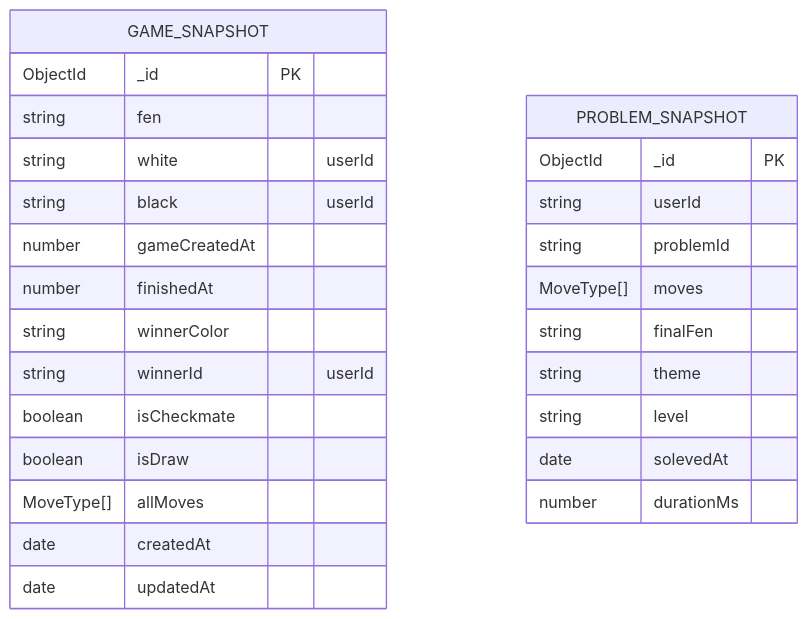
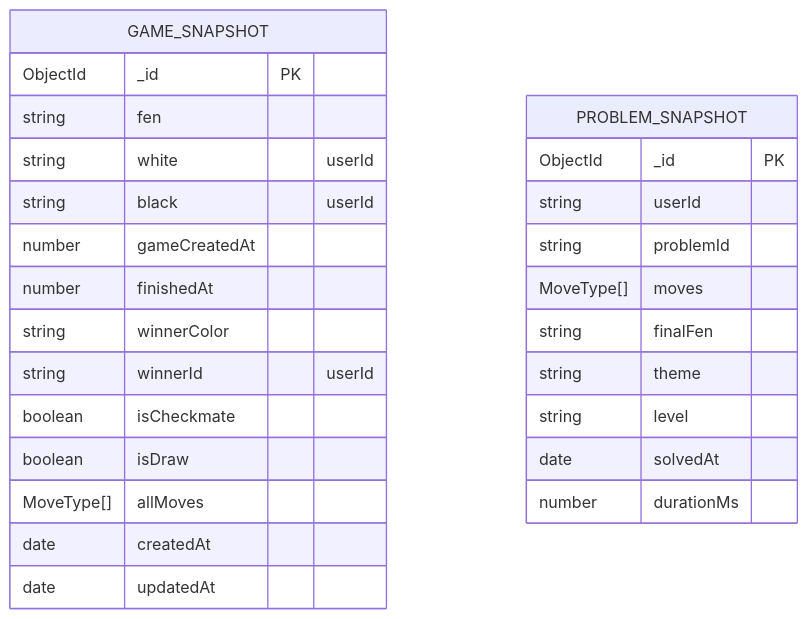
Before and after one commit to Aram47/chess-game-monolit-backend: the second of 3 diagrams in docs/11-erd-databases.md, drawn with Mermaid. The commit also changed 7 other files, not shown here.

````diff
--- a/docs/11-erd-databases.md
+++ b/docs/11-erd-databases.md
@@ -91,30 +91,30 @@
 ```mermaid
 erDiagram
   GAME_SNAPSHOT {
     ObjectId _id PK
     string fen
     string white "userId"
     string black "userId"
     number gameCreatedAt
     number finishedAt
     string winnerColor
     string winnerId "userId"
     boolean isCheckmate
     boolean isDraw
     MoveType[] allMoves
     date createdAt
     date updatedAt
   }
 
   PROBLEM_SNAPSHOT {
     ObjectId _id PK
     string userId
     string problemId
     MoveType[] moves
     string finalFen
     string theme
     string level
-    date solevedAt
+    date solvedAt
     number durationMs
   }
 ```
````
